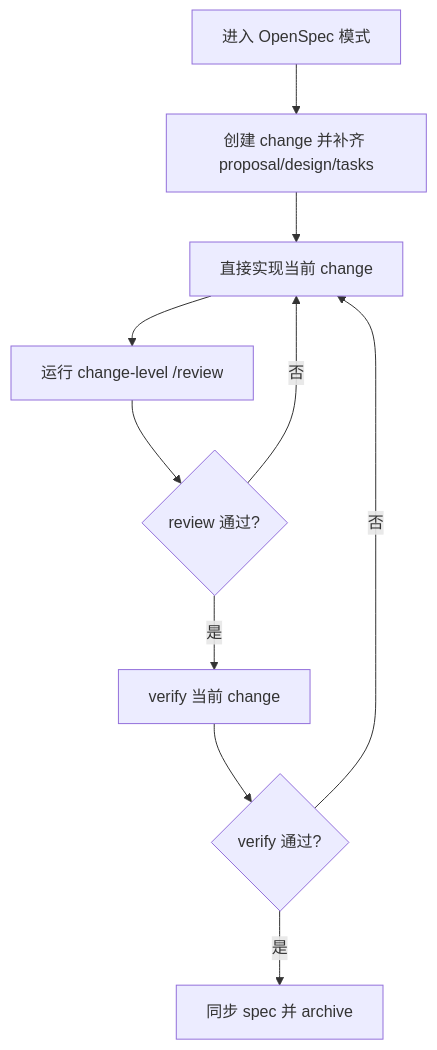
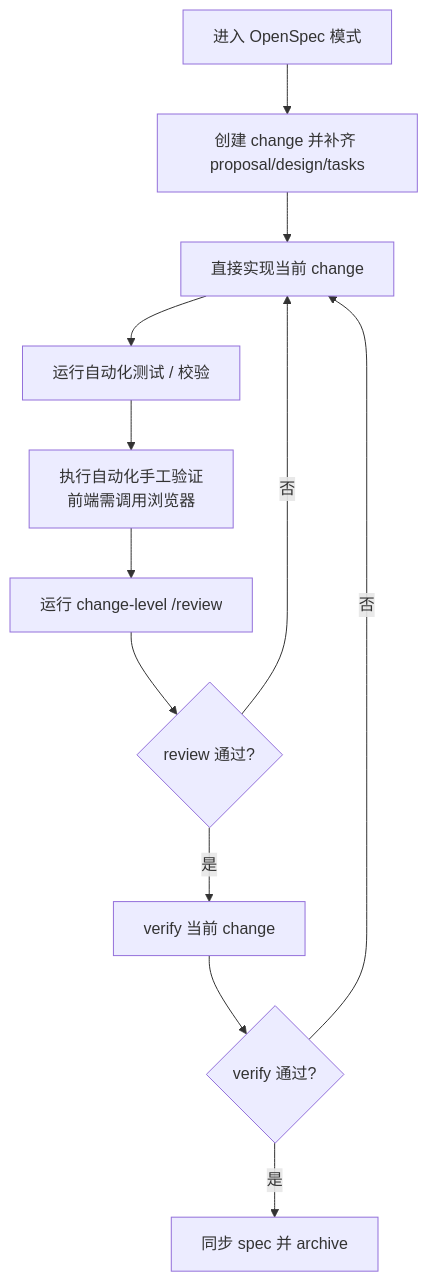
Before and after one commit to pjhpeter/openspec-extensions: the first of 2 diagrams in README.md, drawn with Mermaid. The commit also changed other lines of this file and 7 other files, not shown here.

````diff
--- a/README.md
+++ b/README.md
@@ -170,12 +170,14 @@
 ```mermaid
 flowchart TD
     A[进入 OpenSpec 模式] --> B[创建 change 并补齐 proposal/design/tasks]
     B --> C[直接实现当前 change]
-    C --> D[运行 change-level /review]
-    D --> E{review 通过?}
-    E -- 否 --> C
-    E -- 是 --> F[verify 当前 change]
-    F --> G{verify 通过?}
+    C --> D[运行自动化测试 / 校验]
+    D --> E[执行自动化手工验证<br/>前端需调用浏览器]
+    E --> F[运行 change-level /review]
+    F --> G{review 通过?}
     G -- 否 --> C
-    G -- 是 --> H[同步 spec 并 archive]
+    G -- 是 --> H[verify 当前 change]
+    H --> I{verify 通过?}
+    I -- 否 --> C
+    I -- 是 --> J[同步 spec 并 archive]
 ```
````
